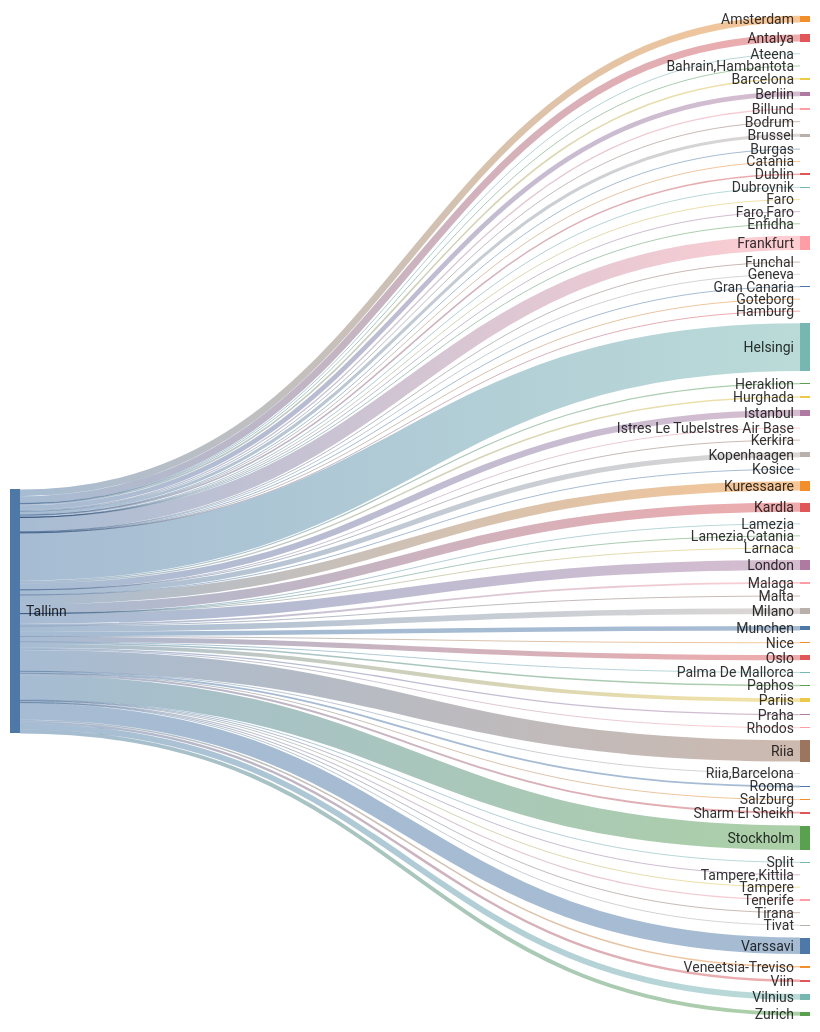
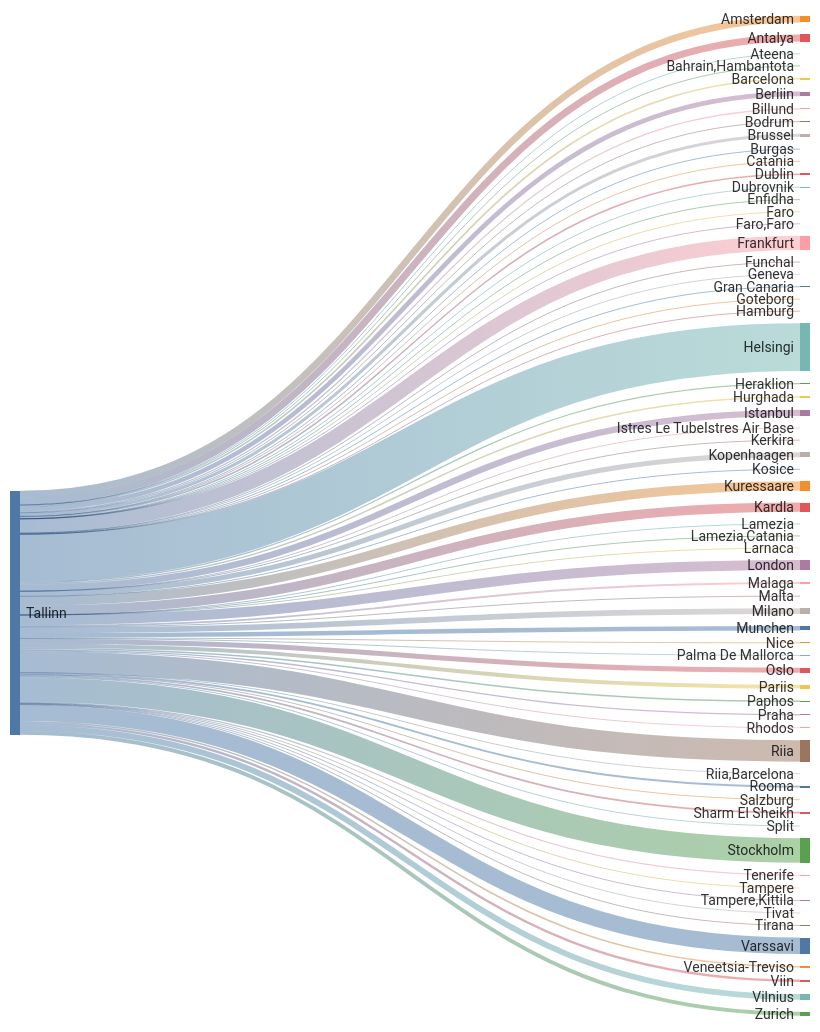
One commit to rainermesi/tll-airport-departures changed the second of 2 diagrams in README.md. Above: the diagram before and after it, drawn with Mermaid. The commit also changed other lines of this file, not shown here.

````diff
--- a/README.md
+++ b/README.md
@@ -34,77 +34,77 @@
 ```mermaid
 ---
 config:
   sankey:
     showValues: false
     width: 800
     height: 1000
 ---
 sankey-beta
 %% source,target,value
-Tallinn,Amsterdam,256
+Tallinn,Amsterdam,258
 Tallinn,Antalya,271
 Tallinn,Ateena,16
 Tallinn,"Bahrain,Hambantota",1
-Tallinn,Barcelona,62
+Tallinn,Barcelona,63
 Tallinn,Berliin,178
 Tallinn,Billund,49
 Tallinn,Bodrum,11
-Tallinn,Brussel,116
+Tallinn,Brussel,117
 Tallinn,Burgas,21
 Tallinn,Catania,2
 Tallinn,Dublin,60
 Tallinn,Dubrovnik,21
 Tallinn,Enfidha,7
 Tallinn,Faro,4
 Tallinn,"Faro,Faro",1
-Tallinn,Frankfurt,541
+Tallinn,Frankfurt,544
 Tallinn,Funchal,5
 Tallinn,Geneva,9
 Tallinn,Gran Canaria,30
 Tallinn,Goteborg,1
 Tallinn,Hamburg,1
-Tallinn,Helsingi,1832
+Tallinn,Helsingi,1841
 Tallinn,Heraklion,46
-Tallinn,Hurghada,55
-Tallinn,Istanbul,243
+Tallinn,Hurghada,56
+Tallinn,Istanbul,244
 Tallinn,Istres Le TubeIstres Air Base,2
 Tallinn,Kerkira,4
-Tallinn,Kopenhaagen,194
+Tallinn,Kopenhaagen,195
 Tallinn,Kosice,1
-Tallinn,Kuressaare,355
-Tallinn,Kardla,355
+Tallinn,Kuressaare,357
+Tallinn,Kardla,357
 Tallinn,Lamezia,1
 Tallinn,"Lamezia,Catania",3
 Tallinn,Larnaca,4
-Tallinn,London,382
-Tallinn,Malaga,71
+Tallinn,London,384
+Tallinn,Malaga,72
 Tallinn,Malta,15
-Tallinn,Milano,218
+Tallinn,Milano,219
 Tallinn,Munchen,172
 Tallinn,Nice,25
-Tallinn,Oslo,196
+Tallinn,Oslo,197
 Tallinn,Palma De Mallorca,19
 Tallinn,Paphos,58
-Tallinn,Pariis,147
+Tallinn,Pariis,148
 Tallinn,Praha,49
 Tallinn,Rhodos,32
-Tallinn,Riia,820
+Tallinn,Riia,824
 Tallinn,"Riia,Barcelona",1
 Tallinn,Rooma,72
 Tallinn,Salzburg,10
 Tallinn,Sharm El Sheikh,70
 Tallinn,Split,25
-Tallinn,Stockholm,935
+Tallinn,Stockholm,937
 Tallinn,Tampere,17
 Tallinn,"Tampere,Kittila",14
 Tallinn,Tenerife,46
 Tallinn,Tirana,8
 Tallinn,Tivat,26
-Tallinn,Varssavi,631
+Tallinn,Varssavi,633
 Tallinn,Veneetsia-Treviso,59
 Tallinn,Viin,94
-Tallinn,Vilnius,224
-Tallinn,Zurich,149
+Tallinn,Vilnius,226
+Tallinn,Zurich,150
 
 
 ```
````
